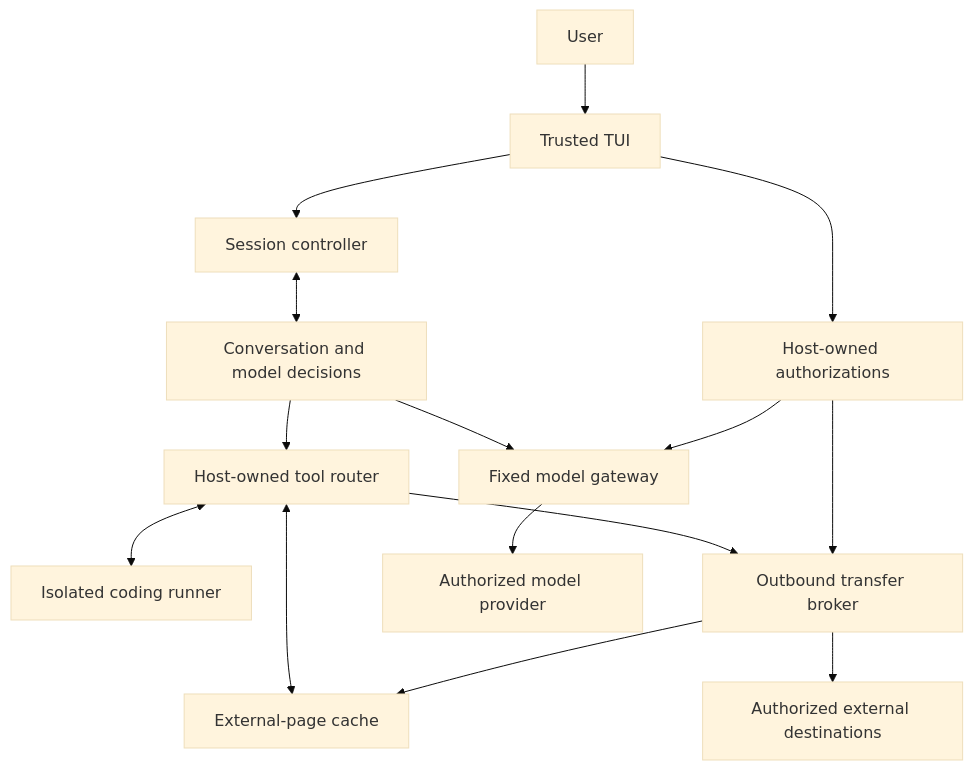
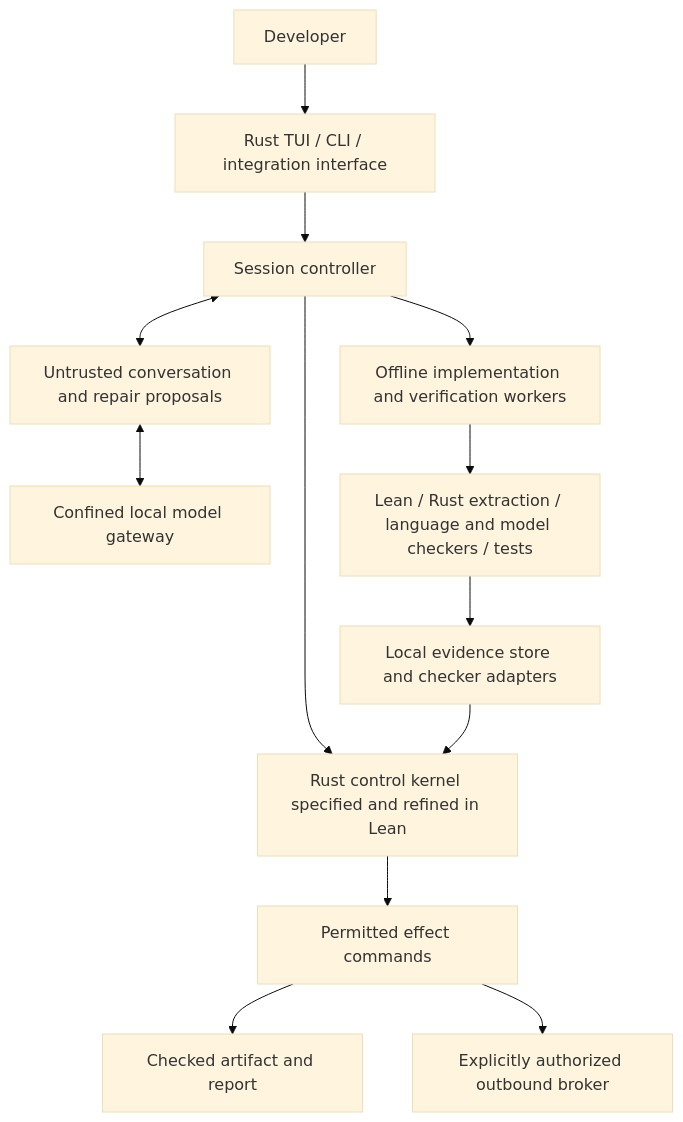
The diagram in docs/design.md (grandchildrice/meden), drawn with Mermaid (base theme) before and after one commit. The commit also changed other lines of this file and 7 other files, not shown here.

Commit message:
Redesign Meden as a local verification orchestrator with refinement targets

````diff
--- a/docs/design.md
+++ b/docs/design.md
@@ -80,17 +106,15 @@
 ```mermaid
 flowchart TB
-    User[User] --> UI[Trusted TUI]
-    UI --> Session[Session controller]
-    Session <--> Agent[Conversation and model decisions]
-    Agent --> Router[Host-owned tool router]
-    Router <--> Runner[Isolated coding runner]
-    Router <--> Pages[External-page cache]
-    Router --> Broker[Outbound transfer broker]
-    Agent --> Gateway[Fixed model gateway]
-    UI --> Grants[Host-owned authorizations]
-    Grants --> Broker
-    Grants --> Gateway
-    Broker --> Network[Authorized external destinations]
-    Gateway --> Model[Authorized model provider]
-    Broker --> Pages
+    User[Developer] --> UI[Rust TUI / CLI / integration interface]
+    UI --> Controller[Session controller]
+    Controller --> Kernel[Rust control kernel specified and refined in Lean]
+    Controller <--> Agent[Untrusted conversation and repair proposals]
+    Agent <--> Local[Confined local model gateway]
+    Controller --> Runner[Offline implementation and verification workers]
+    Runner --> Backends[Lean / Rust extraction / language and model checkers / tests]
+    Backends --> Evidence[Local evidence store and checker adapters]
+    Evidence --> Kernel
+    Kernel --> Effects[Permitted effect commands]
+    Effects --> Artifacts[Checked artifact and report]
+    Effects --> Broker[Explicitly authorized outbound broker]
 ```
````
